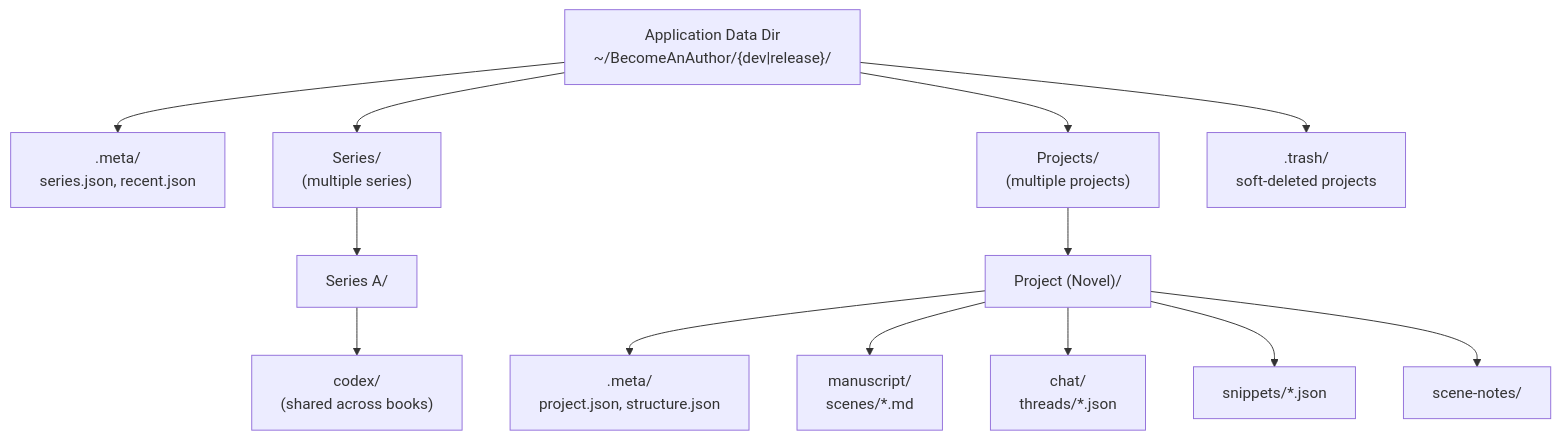
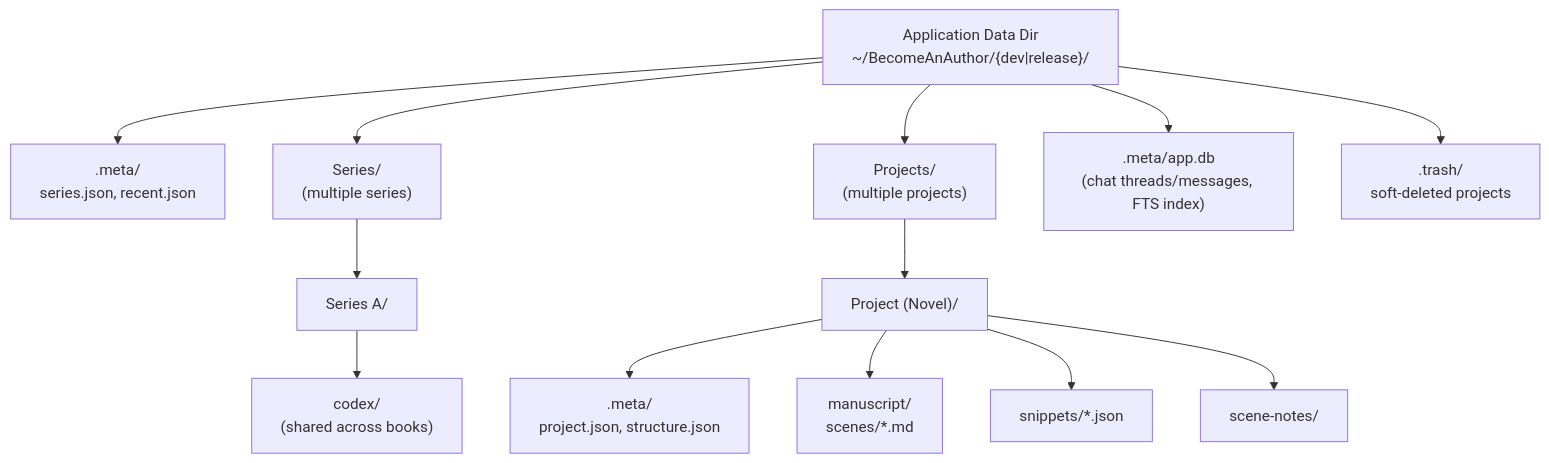
The fifth of 6 diagrams in docs/hld.md (Sai-Roopesh/becomeAnAuthor), drawn with Mermaid before and after one commit. The commit also changed other lines of this file and 2 other files, not shown here.

Commit message:
docs: sync architecture with path-state, keychain, and decomposition refactors

````diff
--- a/docs/hld.md
+++ b/docs/hld.md
@@ -514,26 +514,26 @@
 ```mermaid
 graph TD
     App["Application Data Dir<br/>~/BecomeAnAuthor/{dev|release}/"]
     Meta[".meta/<br/>series.json, recent.json"]
     Series["Series/<br/>(multiple series)"]
     S1["Series A/"]
     S1Codex["codex/<br/>(shared across books)"]
     Projects["Projects/<br/>(multiple projects)"]
     P1["Project (Novel)/"]
     P1Meta[".meta/<br/>project.json, structure.json"]
     P1Scenes["manuscript/<br/>scenes/*.md"]
-    P1Chat["chat/<br/>threads/*.json"]
+    P1Chat[".meta/app.db<br/>(chat threads/messages, FTS index)"]
     P1Snippets["snippets/*.json"]
     P1Other["scene-notes/"]
     Trash[".trash/<br/>soft-deleted projects"]
 
     App --> Meta
     App --> Series --> S1 --> S1Codex
     App --> Projects --> P1
     P1 --> P1Meta
     P1 --> P1Scenes
-    P1 --> P1Chat
+    App --> P1Chat
     P1 --> P1Snippets
     P1 --> P1Other
     App --> Trash
 ```
````
